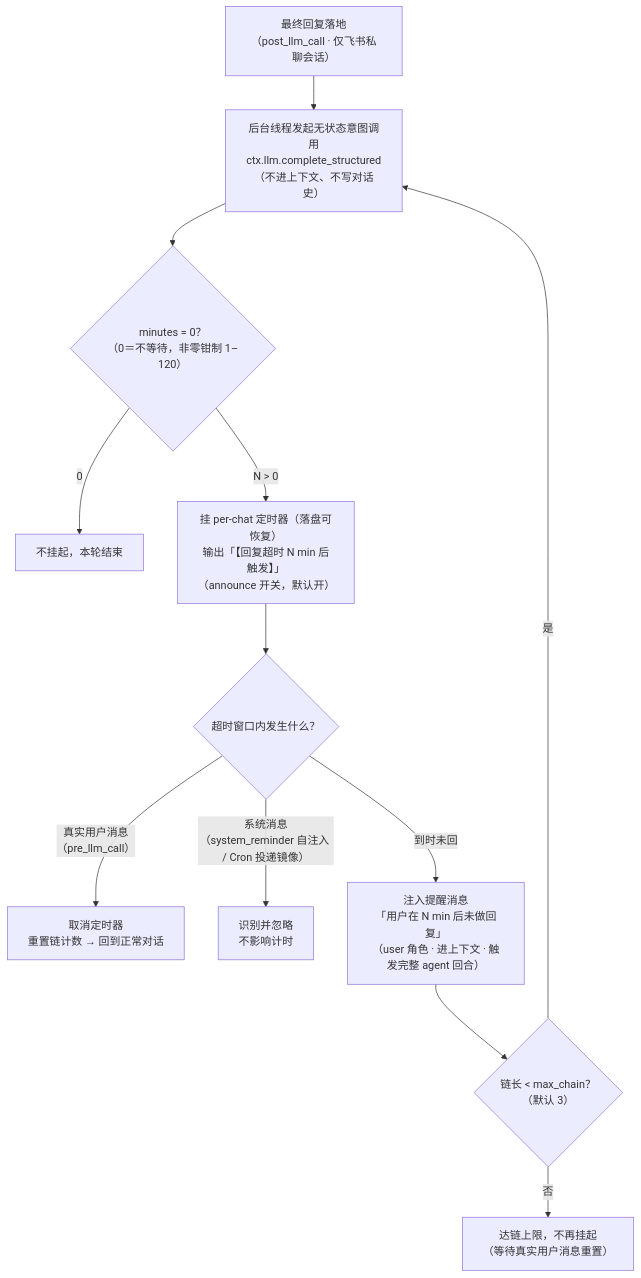
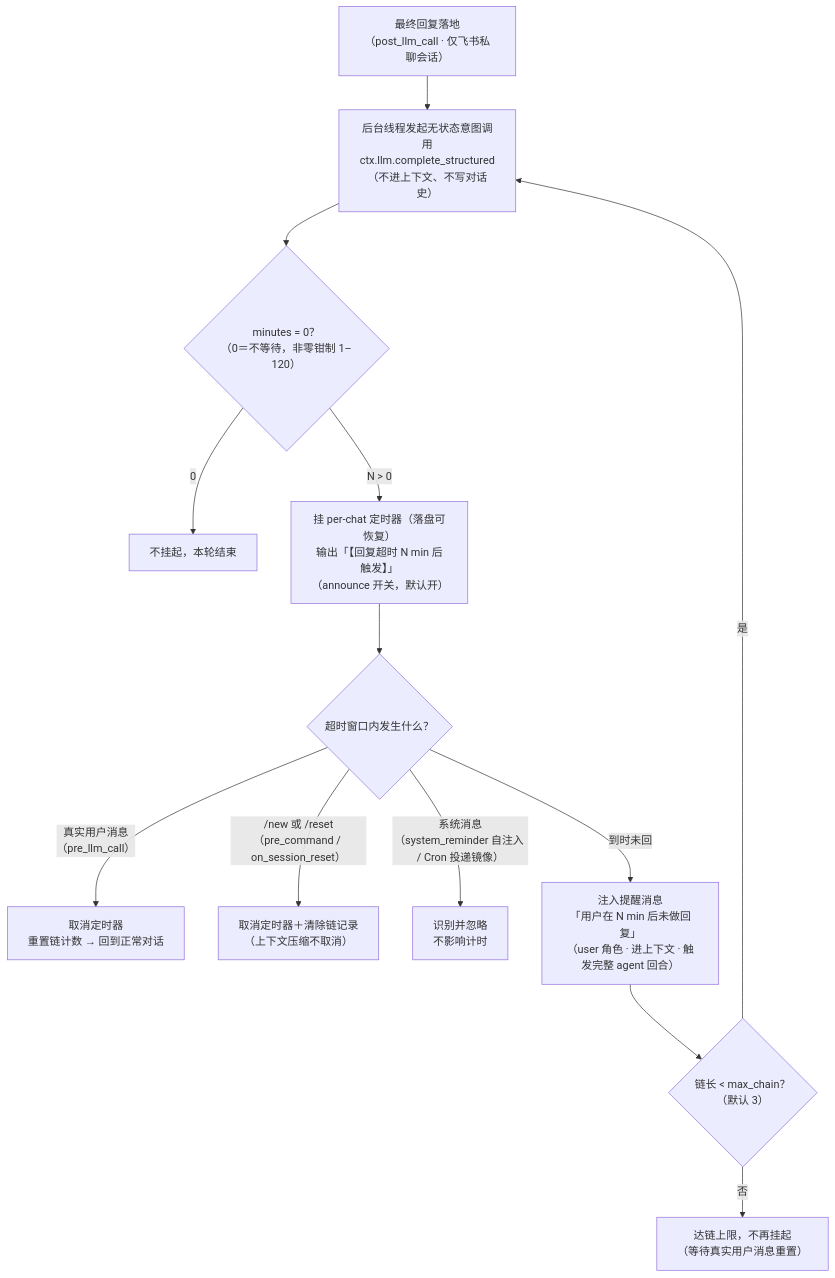
One commit to qwe5283/hermes-reply-timeout changed the diagram in README.md. Above: the diagram before and after it, drawn with Mermaid. The commit also changed other lines of this file and 3 other files, not shown here.

````diff
--- a/README.md
+++ b/README.md
@@ -30,14 +30,15 @@
 ```mermaid
 flowchart TD
     A["最终回复落地<br/>（post_llm_call · 仅飞书私聊会话）"] --> B["后台线程发起无状态意图调用<br/>ctx.llm.complete_structured<br/>（不进上下文、不写对话史）"]
     B --> C{"minutes = 0？<br/>（0＝不等待，非零钳制 1–120）"}
     C -- "0" --> X1["不挂起，本轮结束"]
     C -- "N &gt; 0" --> D["挂 per-chat 定时器（落盘可恢复）<br/>输出「【回复超时 N min 后触发】」<br/>（announce 开关，默认开）"]
     D --> E{"超时窗口内发生什么？"}
     E -- "真实用户消息<br/>（pre_llm_call）" --> F["取消定时器<br/>重置链计数 → 回到正常对话"]
+    E -- "/new 或 /reset（pre_command / on_session_reset）" --> F2["取消定时器＋清除链记录<br/>（上下文压缩不取消）"]
     E -- "系统消息<br/>（system_reminder 自注入 / Cron 投递镜像）" --> G["识别并忽略<br/>不影响计时"]
     E -- "到时未回" --> H["注入提醒消息<br/>「用户在 N min 后未做回复」<br/>（user 角色 · 进上下文 · 触发完整 agent 回合）"]
     H --> I{"链长 &lt; max_chain？<br/>（默认 3）"}
     I -- "是" --> B
     I -- "否" --> X2["达链上限，不再挂起<br/>（等待真实用户消息重置）"]
 ```
````
